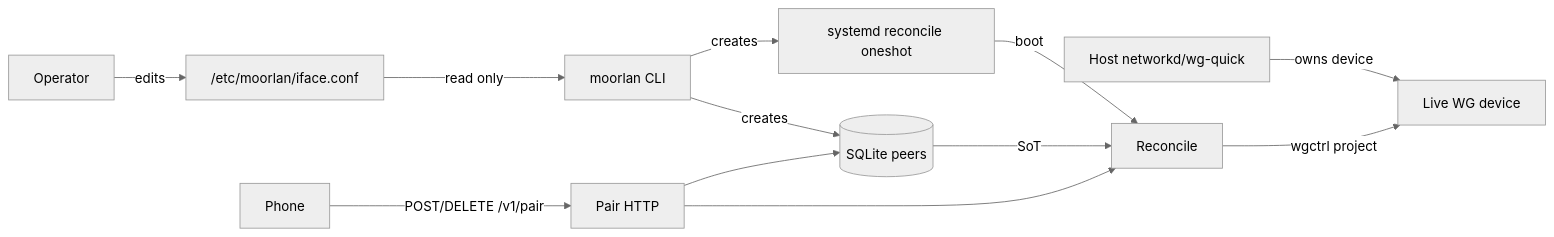
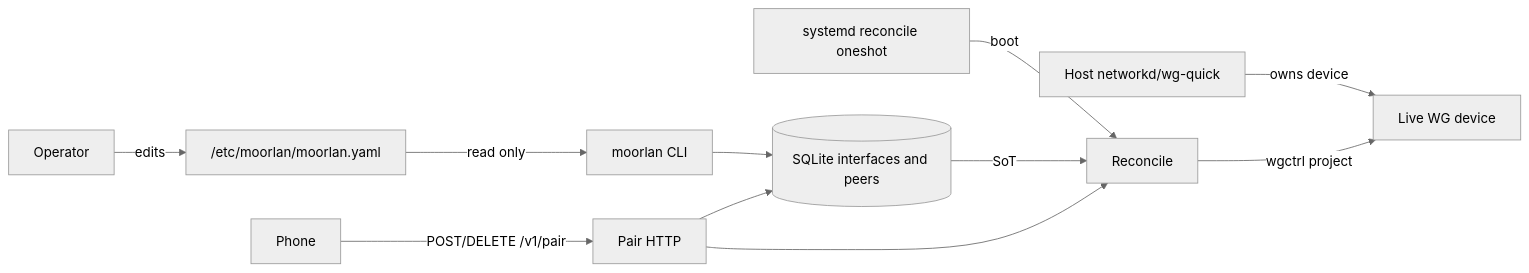
Before and after one commit to sumitgahoi/moorlan: the first of 2 diagrams in server/ARCHITECTURE.md, drawn with Mermaid (neutral theme). The commit also changed other lines of this file and 22 other files, not shown here.

First line of the commit message:
Reconcile server to one YAML, one DB, and host-wide reconcile.

````diff
--- a/server/ARCHITECTURE.md
+++ b/server/ARCHITECTURE.md
@@ -20,14 +20,13 @@
 ```mermaid
 flowchart LR
-  operator[Operator] -->|edits| siteConf["/etc/moorlan/iface.conf"]
+  operator[Operator] -->|edits| siteConf["/etc/moorlan/moorlan.yaml"]
   host[Host networkd/wg-quick] -->|owns device| wgDev[Live WG device]
   siteConf -->|read only| cli[moorlan CLI]
-  cli -->|creates| db[(SQLite peers)]
-  cli -->|creates| unit[systemd reconcile oneshot]
-  unit -->|boot| reconcile[Reconcile]
+  cli --> db[(SQLite interfaces and peers)]
+  unit[systemd reconcile oneshot] -->|boot| reconcile[Reconcile]
   db -->|SoT| reconcile
   reconcile -->|wgctrl project| wgDev
   phone[Phone] -->|"POST/DELETE /v1/pair"| pairHTTP[Pair HTTP]
   pairHTTP --> db
   pairHTTP --> reconcile
 ```
````
